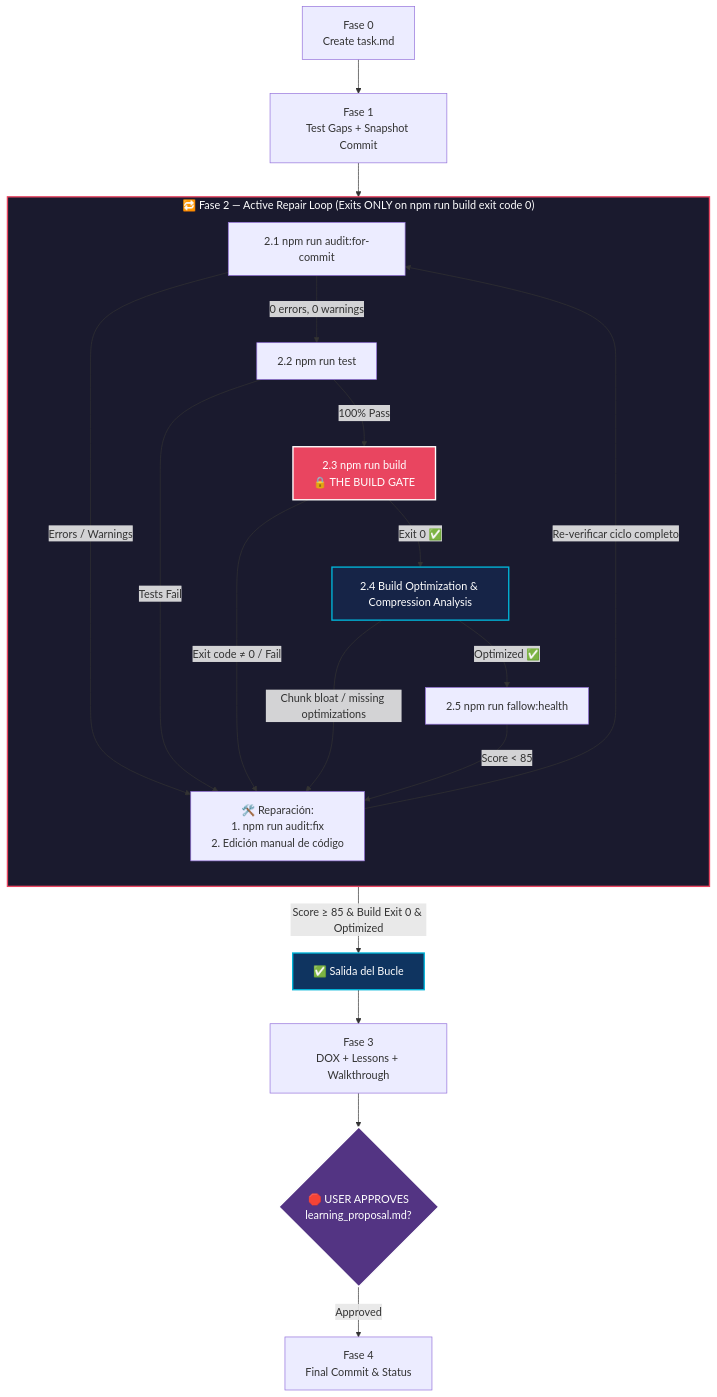
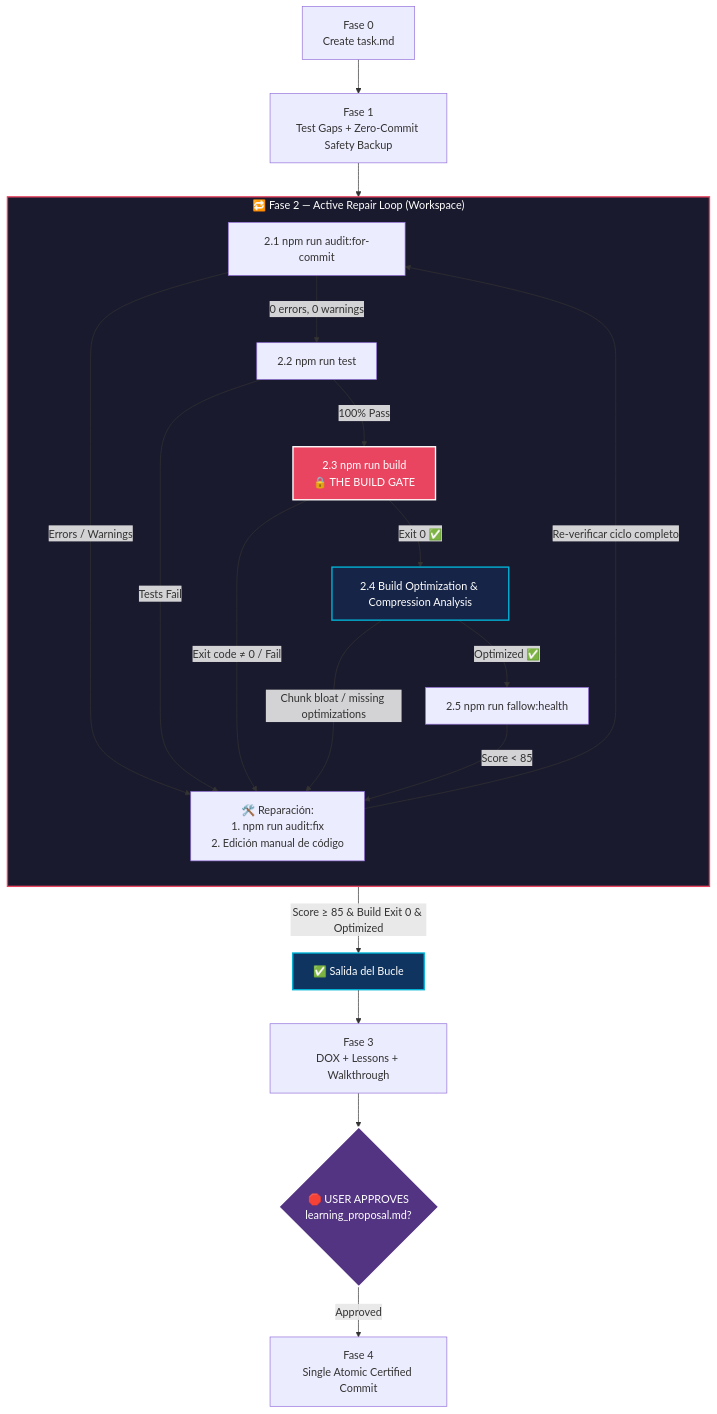
Before and after one commit to Darkham77/PokeBorrador: the diagram in .agents/skills/safe-commit/SKILL.md, drawn with Mermaid. The commit also changed other lines of this file and 10 other files, not shown here.

````diff
--- a/.agents/skills/safe-commit/SKILL.md
+++ b/.agents/skills/safe-commit/SKILL.md
@@ -34,33 +34,33 @@
 ```mermaid
 graph TD
     A0[Fase 0\nCreate task.md] --> A1
-    A1[Fase 1\nTest Gaps + Snapshot Commit] --> LOOP
+    A1[Fase 1\nTest Gaps + Zero-Commit Safety Backup] --> LOOP
 
-    subgraph LOOP ["🔁 Fase 2 — Active Repair Loop (Exits ONLY on npm run build exit code 0)"]
+    subgraph LOOP ["🔁 Fase 2 — Active Repair Loop (Workspace)"]
         direction TB
         C1[2.1 npm run audit:for-commit] -->|Errors / Warnings| REPAIR[🛠️ Reparación:\n1. npm run audit:fix\n2. Edición manual de código]
         C1 -->|0 errors, 0 warnings| C2[2.2 npm run test]
         
         C2 -->|Tests Fail| REPAIR
         C2 -->|100% Pass| C3[2.3 npm run build\n🔒 THE BUILD GATE]
         
         C3 -->|Exit code ≠ 0 / Fail| REPAIR
         C3 -->|Exit 0 ✅| C4[2.4 Build Optimization & Compression Analysis]
         C4 -->|Chunk bloat / missing optimizations| REPAIR
         C4 -->|Optimized ✅| C5[2.5 npm run fallow:health]
         
         C5 -->|Score < 85| REPAIR
         REPAIR -->|Re-verificar ciclo completo| C1
     end
 
     C5 -->|Score ≥ 85 & Build Exit 0 & Optimized| EXIT_GATE[✅ Salida del Bucle]
     EXIT_GATE --> A3[Fase 3\nDOX + Lessons + Walkthrough]
     A3 --> STOP1{🛑 USER APPROVES\nlearning_proposal.md?}
-    STOP1 -->|Approved| A4[Fase 4\nFinal Commit & Status]
+    STOP1 -->|Approved| A4[Fase 4\nSingle Atomic Certified Commit]
 
     style LOOP fill:#1a1a2e,stroke:#e94560,stroke-width:2px,color:#fff
     style C3 fill:#e94560,stroke:#fff,stroke-width:2px,color:#fff
     style C4 fill:#162447,stroke:#00b4d8,stroke-width:2px,color:#fff
     style EXIT_GATE fill:#0f3460,stroke:#00b4d8,stroke-width:2px,color:#fff
     style STOP1 fill:#533483,stroke:#fff,stroke-width:2px,color:#fff
 ```
````
